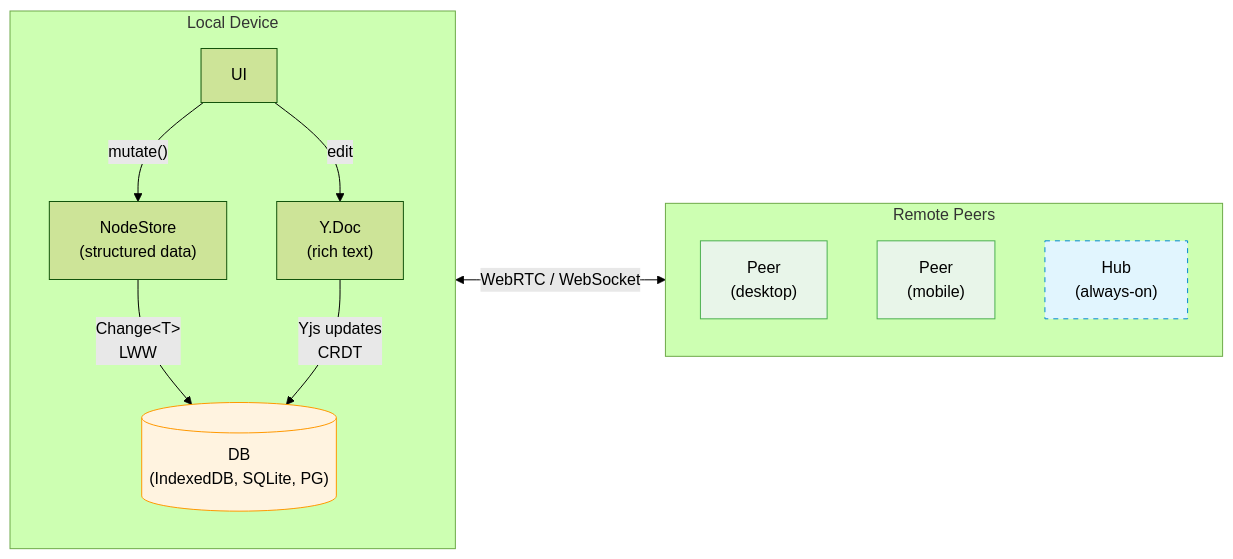
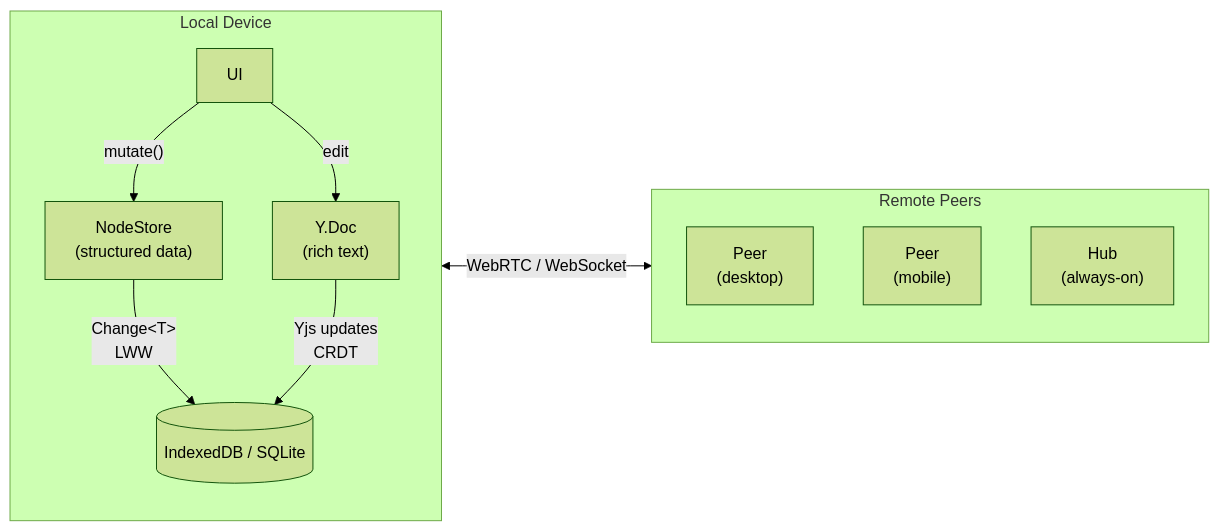
Before and after one commit to crs48/xNet: the second of 2 diagrams in README.md, drawn with Mermaid (forest theme). The commit also changed other lines of this file and 28 other files, not shown here.

````diff
--- a/README.md
+++ b/README.md
@@ -250,29 +156,22 @@
 ```mermaid
 flowchart LR
     subgraph Local["Local Device"]
         UI["UI"]
         NodeStore["NodeStore<br/>(structured data)"]
         YDoc["Y.Doc<br/>(rich text)"]
-        DB[("DB<br/>(IndexedDB, SQLite, PG)")]
+        DB[("IndexedDB / SQLite")]
     end
 
     subgraph Remote["Remote Peers"]
         Peer1["Peer<br/>(desktop)"]
         Peer2["Peer<br/>(mobile)"]
         HubNode["Hub<br/>(always-on)"]
     end
 
     UI -->|"mutate()"| NodeStore
     UI -->|"edit"| YDoc
     NodeStore -->|"Change&lt;T&gt;<br/>LWW"| DB
     YDoc -->|"Yjs updates<br/>CRDT"| DB
 
     Local <-->|"WebRTC / WebSocket"| Remote
-
-    classDef storage fill:#fff3e0,stroke:#ff9800
-    classDef peer fill:#e8f5e9,stroke:#4caf50
-    classDef hub fill:#e1f5fe,stroke:#0288d1,stroke-dasharray: 5 5
-    class DB storage
-    class Peer1,Peer2 peer
-    class HubNode hub
 ```
````
